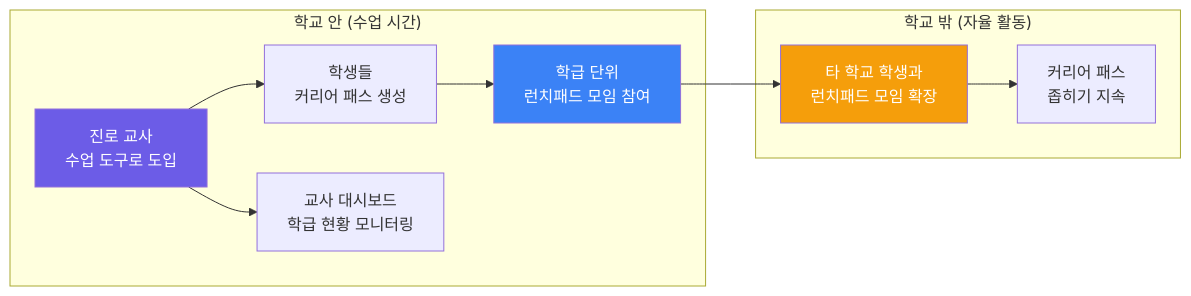
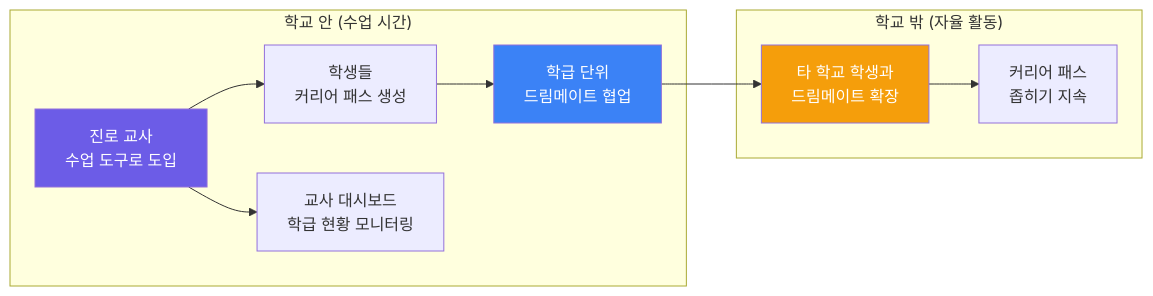
One commit to Collegenie-X/AI-career-path changed the first of 2 diagrams in Readme.md. Above: the diagram before and after it, drawn with Mermaid. The commit also changed other lines of this file and 25 other files, not shown here.

````diff
--- a/Readme.md
+++ b/Readme.md
@@ -87,16 +90,16 @@
 ```mermaid
 graph LR
     subgraph "학교 안 (수업 시간)"
         T["진로 교사<br/>수업 도구로 도입"] --> S1["학생들<br/>커리어 패스 생성"]
-        S1 --> S2["학급 단위<br/>런치패드 모임 참여"]
+        S1 --> S2["학급 단위<br/>드림메이트 협업"]
         T --> DASH["교사 대시보드<br/>학급 현황 모니터링"]
     end
     subgraph "학교 밖 (자율 활동)"
-        S2 --> S3["타 학교 학생과<br/>런치패드 모임 확장"]
+        S2 --> S3["타 학교 학생과<br/>드림메이트 확장"]
         S3 --> S4["커리어 패스<br/>좁히기 지속"]
     end
 
     style T fill:#6C5CE7,color:#fff
     style S2 fill:#3B82F6,color:#fff
     style S3 fill:#F59E0B,color:#fff
 ```
````
